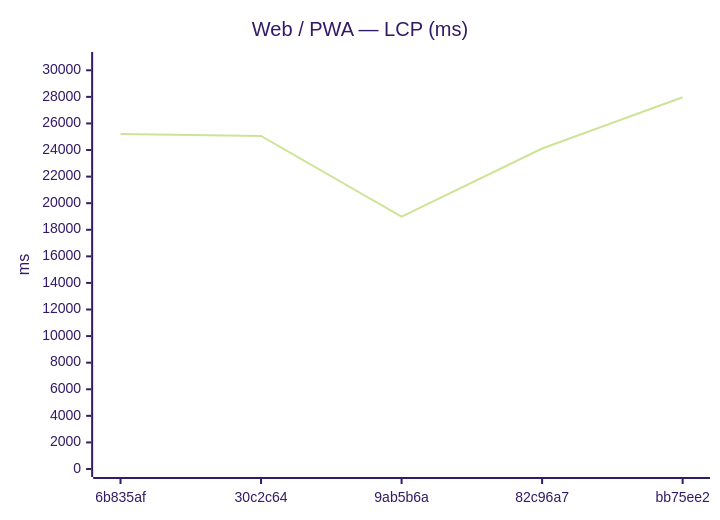
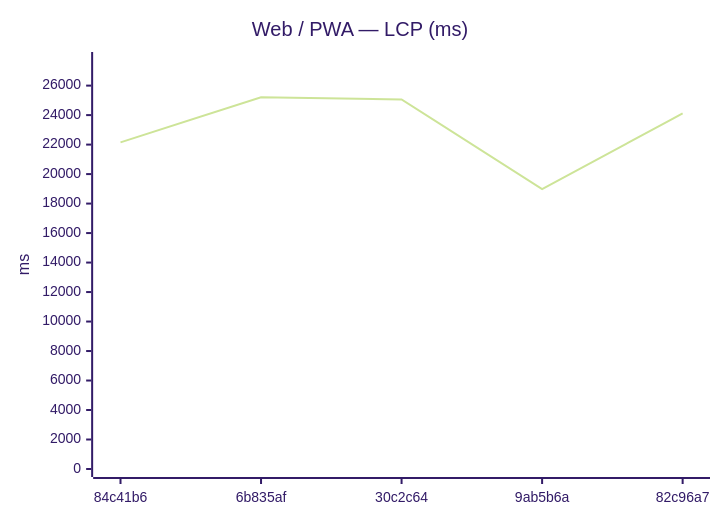
One commit to Metaheurist/Rianell changed the fifth of 12 diagrams in benchmarks/compare.md. Above: the diagram before and after it, drawn with Mermaid (forest theme). The commit also changed other lines of this file and 8 other files, not shown here.

````diff
--- a/benchmarks/compare.md
+++ b/benchmarks/compare.md
@@ -82,7 +82,7 @@
 ```mermaid
 xychart-beta
     title "Web / PWA — LCP (ms)"
-    x-axis ["6b835af", "30c2c64", "9ab5b6a", "82c96a7", "bb75ee2"]
-    y-axis "ms" 0 --> 30774
-    line [25215, 25064, 18985, 24113, 27976]
+    x-axis ["84c41b6", "6b835af", "30c2c64", "9ab5b6a", "82c96a7"]
+    y-axis "ms" 0 --> 27737
+    line [22152, 25215, 25064, 18985, 24113]
 ```
````
